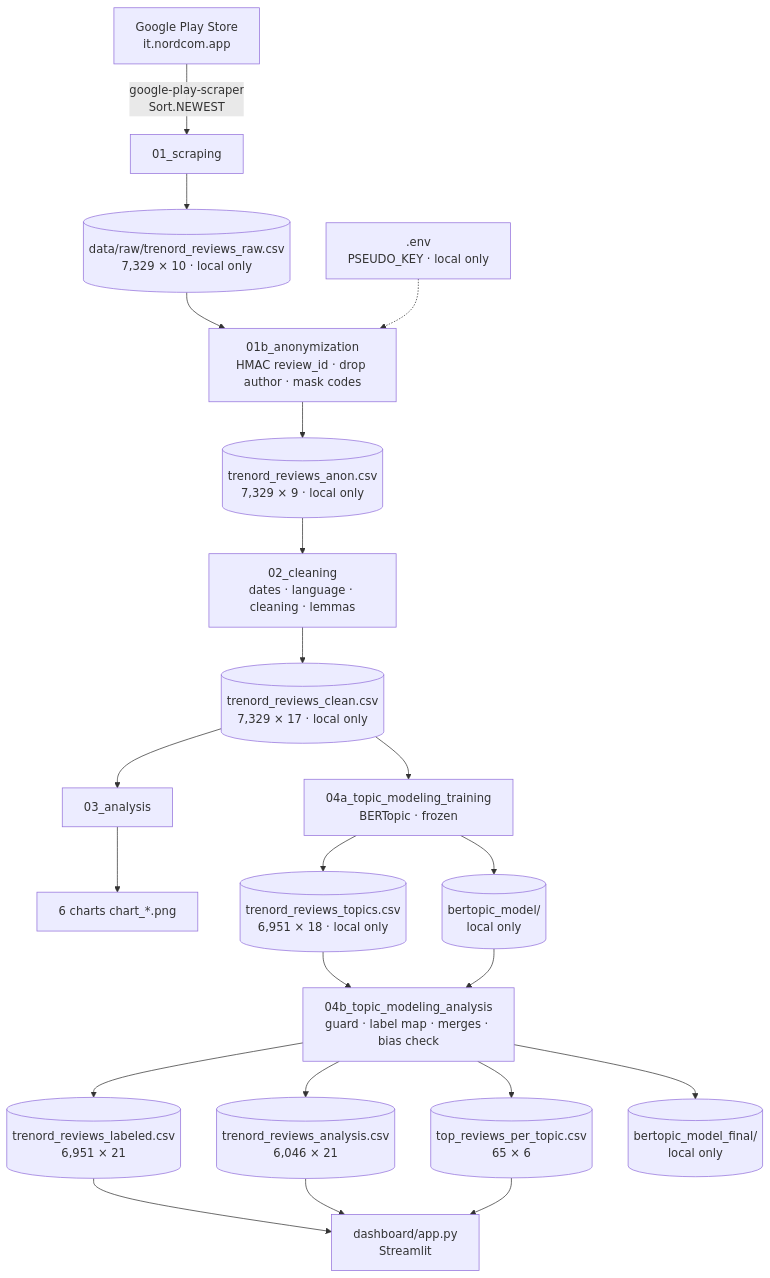
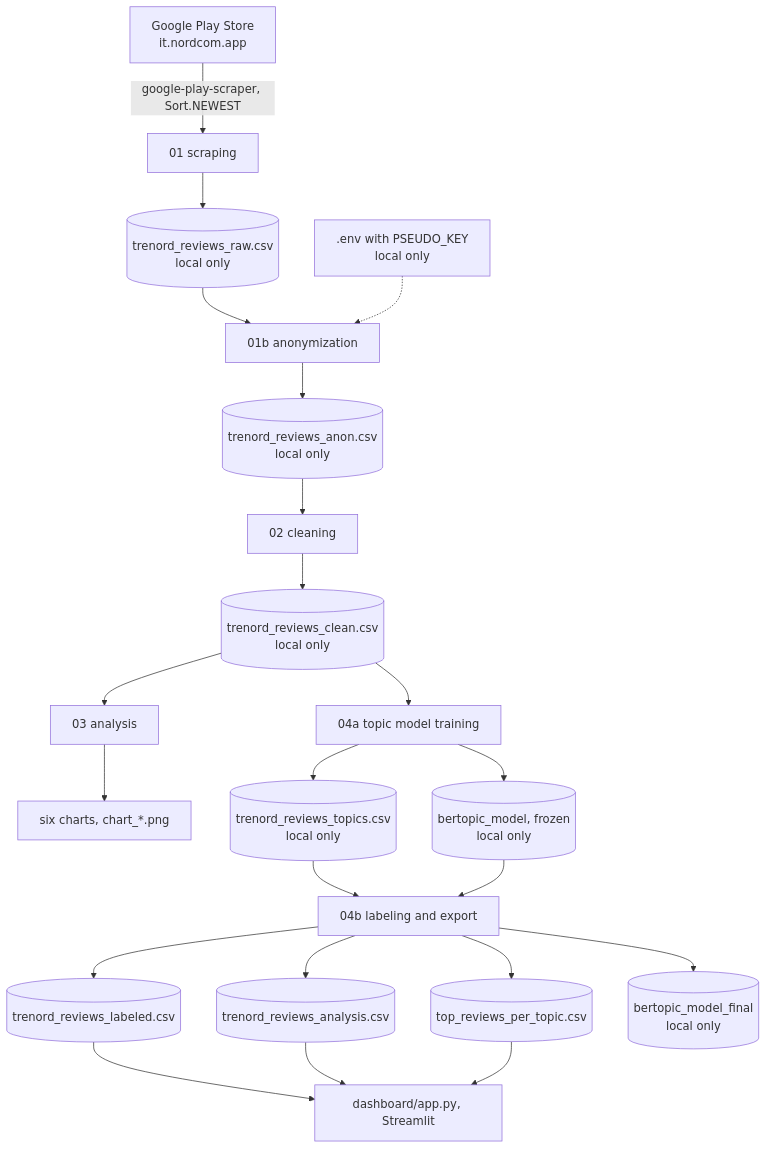
One commit to paolotroia-datavizlab/trenord-reviews-bertopic changed the diagram in docs/architecture.md. Above: the diagram before and after it, drawn with Mermaid. The commit also changed other lines of this file and 2 other files, not shown here.

First line of the commit message:
Docs: rewrite architecture.md as a study guide, add glossary

````diff
--- a/docs/architecture.md
+++ b/docs/architecture.md
@@ -26,24 +32,24 @@
 ```mermaid
 flowchart TD
-    PS[Google Play Store<br/>it.nordcom.app] -->|google-play-scraper<br/>Sort.NEWEST| N01[01_scraping]
-    N01 --> RAW[(data/raw/trenord_reviews_raw.csv<br/>7,329 × 10 · local only)]
-    RAW --> N01b[01b_anonymization<br/>HMAC review_id · drop author · mask codes]
-    ENV[.env<br/>PSEUDO_KEY · local only] -.-> N01b
-    N01b --> ANON[(trenord_reviews_anon.csv<br/>7,329 × 9 · local only)]
-    ANON --> N02[02_cleaning<br/>dates · language · cleaning · lemmas]
-    N02 --> CLEAN[(trenord_reviews_clean.csv<br/>7,329 × 17 · local only)]
-    CLEAN --> N03[03_analysis]
-    N03 --> PNG[6 charts chart_*.png]
-    CLEAN --> N04a[04a_topic_modeling_training<br/>BERTopic · frozen]
-    N04a --> TOPICS[(trenord_reviews_topics.csv<br/>6,951 × 18 · local only)]
-    N04a --> MODEL[(bertopic_model/<br/>local only)]
-    TOPICS --> N04b[04b_topic_modeling_analysis<br/>guard · label map · merges · bias check]
+    PS["Google Play Store<br/>it.nordcom.app"] -->|"google-play-scraper, Sort.NEWEST"| N01["01 scraping"]
+    N01 --> RAW[("trenord_reviews_raw.csv<br/>local only")]
+    RAW --> N01b["01b anonymization"]
+    ENV[".env with PSEUDO_KEY<br/>local only"] -.-> N01b
+    N01b --> ANON[("trenord_reviews_anon.csv<br/>local only")]
+    ANON --> N02["02 cleaning"]
+    N02 --> CLEAN[("trenord_reviews_clean.csv<br/>local only")]
+    CLEAN --> N03["03 analysis"]
+    N03 --> PNG["six charts, chart_*.png"]
+    CLEAN --> N04a["04a topic model training"]
+    N04a --> TOPICS[("trenord_reviews_topics.csv<br/>local only")]
+    N04a --> MODEL[("bertopic_model, frozen<br/>local only")]
+    TOPICS --> N04b["04b labeling and export"]
     MODEL --> N04b
-    N04b --> LAB[(trenord_reviews_labeled.csv<br/>6,951 × 21)]
-    N04b --> ANA[(trenord_reviews_analysis.csv<br/>6,046 × 21)]
-    N04b --> TOP[(top_reviews_per_topic.csv<br/>65 × 6)]
-    N04b --> FINAL[(bertopic_model_final/<br/>local only)]
-    LAB --> DASH[dashboard/app.py<br/>Streamlit]
+    N04b --> LAB[("trenord_reviews_labeled.csv")]
+    N04b --> ANA[("trenord_reviews_analysis.csv")]
+    N04b --> TOP[("top_reviews_per_topic.csv")]
+    N04b --> FINAL[("bertopic_model_final<br/>local only")]
+    LAB --> DASH["dashboard/app.py, Streamlit"]
     ANA --> DASH
     TOP --> DASH
 ```
````
